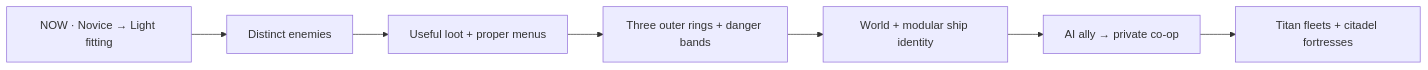
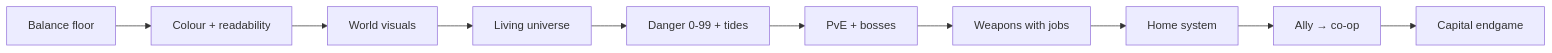
The diagram in docs/PLAN.md (Lycheetah/black-current), drawn with Mermaid before and after one commit. The commit also changed other lines of this file and 5 other files, not shown here.

````diff
--- a/docs/PLAN.md
+++ b/docs/PLAN.md
@@ -25,9 +29,6 @@
 ```mermaid
 flowchart LR
-  A["NOW · Novice → Light fitting"] --> B["Distinct enemies"]
-  B --> C["Useful loot + proper menus"]
-  C --> D["Three outer rings + danger bands"]
-  D --> E["World + modular ship identity"]
-  E --> F["AI ally → private co-op"]
-  F --> G["Titan fleets + citadel fortresses"]
+  A["Balance floor"] --> B["Colour + readability"] --> C["World visuals"] --> D["Living universe"]
+  D --> E["Danger 0-99 + tides"] --> F["PvE + bosses"] --> G["Weapons with jobs"] --> H["Home system"]
+  H --> I["Ally → co-op"] --> J["Capital endgame"]
 ```
````
